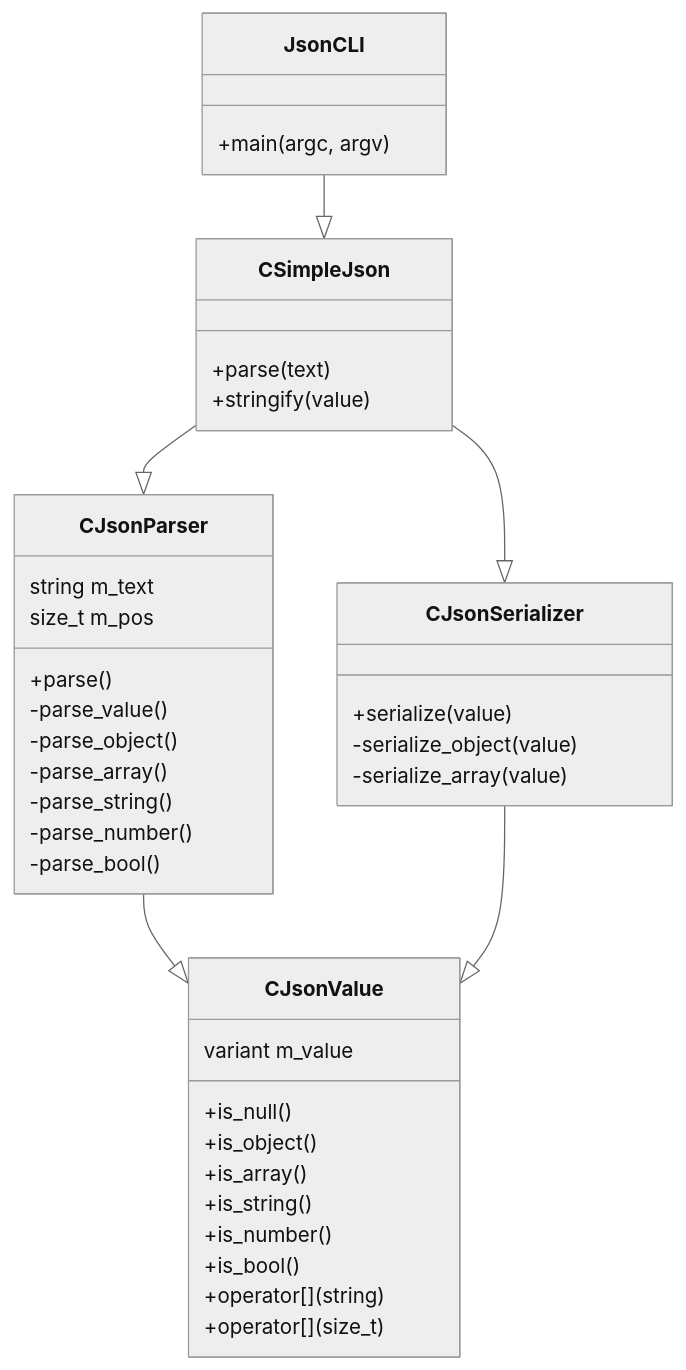
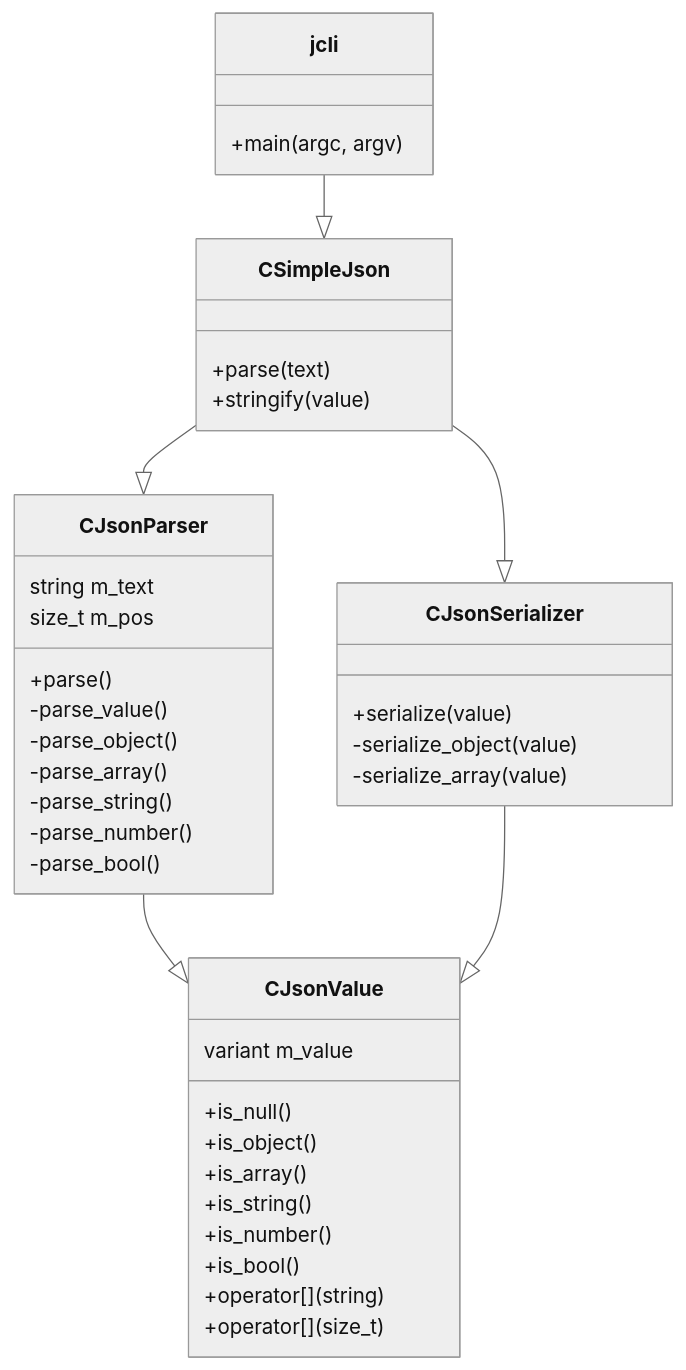
One commit to ma7moud111/json_parser_cpp_library changed the diagram in README.md. Above: the diagram before and after it, drawn with Mermaid (neutral theme). The commit also changed other lines of this file, not shown here.

````diff
--- a/README.md
+++ b/README.md
@@ -244,48 +244,48 @@
 ```mermaid
 classDiagram
 
 class CJsonValue {
   variant m_value
   +is_null()
   +is_object()
   +is_array()
   +is_string()
   +is_number()
   +is_bool()
   +operator[](string)
   +operator[](size_t)
 }
 
 class CJsonParser {
   string m_text
   size_t m_pos
   +parse()
   -parse_value()
   -parse_object()
   -parse_array()
   -parse_string()
   -parse_number()
   -parse_bool()
 }
 
 class CJsonSerializer {
   +serialize(value)
   -serialize_object(value)
   -serialize_array(value)
 }
 
 class CSimpleJson {
   +parse(text)
   +stringify(value)
 }
 
-class JsonCLI {
+class jcli {
   +main(argc, argv)
 }
 
 CJsonParser --|> CJsonValue
 CJsonSerializer --|> CJsonValue
 CSimpleJson --|> CJsonParser
 CSimpleJson --|> CJsonSerializer
-JsonCLI --|> CSimpleJson
+jcli --|> CSimpleJson
 ```
````
